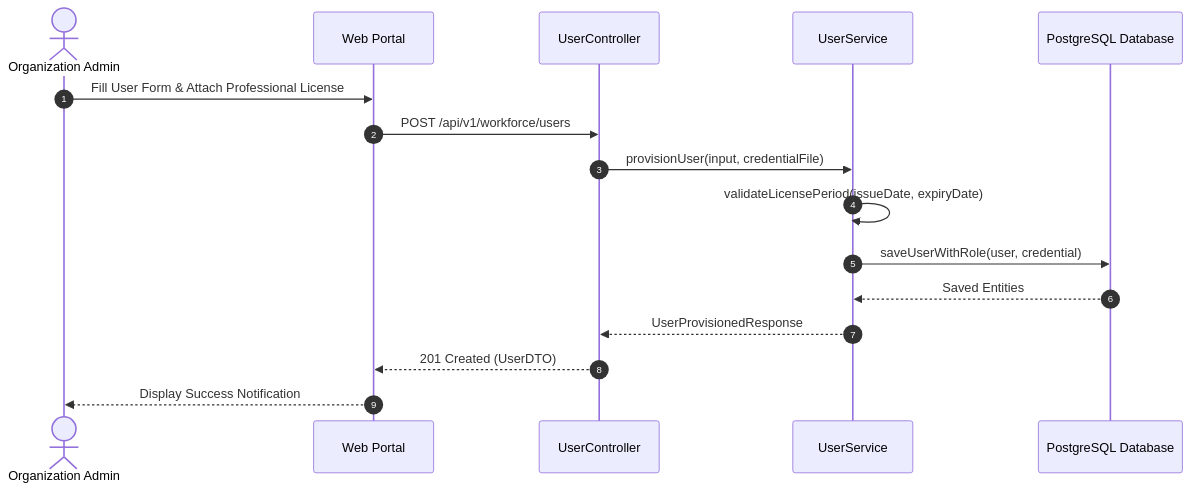
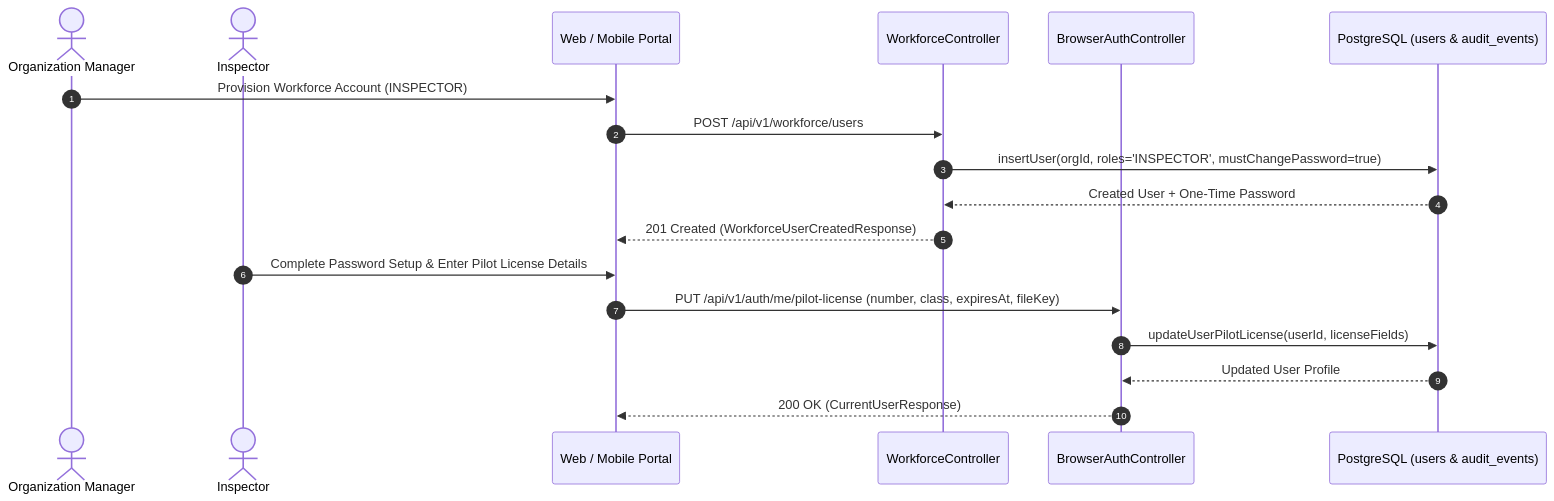
The third of 22 diagrams in reports/report-4-software-design-document/03-detailed-design.md (tungbach12/SmartDroneInspection-Docs), drawn with Mermaid before and after one commit. The commit also changed other lines of this file and 155 other files, not shown here.

````diff
--- a/reports/report-4-software-design-document/03-detailed-design.md
+++ b/reports/report-4-software-design-document/03-detailed-design.md
@@ -111,20 +117,23 @@
 ```mermaid
-%% title: Workforce Provisioning Sequence Diagram
+%% title: Workforce Provisioning and Pilot License Sequence Diagram
 sequenceDiagram
   autonumber
-  actor Admin as Organization Admin
-  participant Client as Web Portal
-  participant UserCtrl as UserController
-  participant UserSvc as UserService
-  participant DB as PostgreSQL Database
+  actor OM as Organization Manager
+  actor Insp as Inspector
+  participant Client as Web / Mobile Portal
+  participant WfCtrl as WorkforceController
+  participant AuthCtrl as BrowserAuthController
+  participant DB as PostgreSQL (users & audit_events)
 
-  Admin->>Client: Fill User Form & Attach Professional License
-  Client->>UserCtrl: POST /api/v1/workforce/users
-  UserCtrl->>UserSvc: provisionUser(input, credentialFile)
-  UserSvc->>UserSvc: validateLicensePeriod(issueDate, expiryDate)
-  UserSvc->>DB: saveUserWithRole(user, credential)
-  DB-->>UserSvc: Saved Entities
-  UserSvc-->>UserCtrl: UserProvisionedResponse
-  UserCtrl-->>Client: 201 Created (UserDTO)
-  Client-->>Admin: Display Success Notification
+  OM->>Client: Provision Workforce Account (INSPECTOR)
+  Client->>WfCtrl: POST /api/v1/workforce/users
+  WfCtrl->>DB: insertUser(orgId, roles='INSPECTOR', mustChangePassword=true)
+  DB-->>WfCtrl: Created User + One-Time Password
+  WfCtrl-->>Client: 201 Created (WorkforceUserCreatedResponse)
+
+  Insp->>Client: Complete Password Setup & Enter Pilot License Details
+  Client->>AuthCtrl: PUT /api/v1/auth/me/pilot-license (number, class, expiresAt, fileKey)
+  AuthCtrl->>DB: updateUserPilotLicense(userId, licenseFields)
+  DB-->>AuthCtrl: Updated User Profile
+  AuthCtrl-->>Client: 200 OK (CurrentUserResponse)
 ```
````
